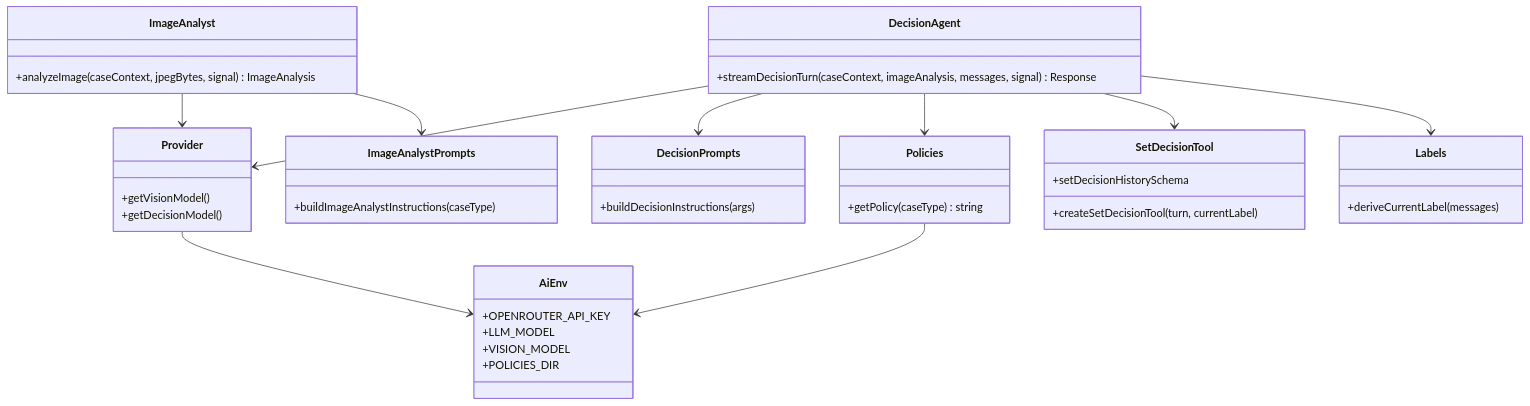
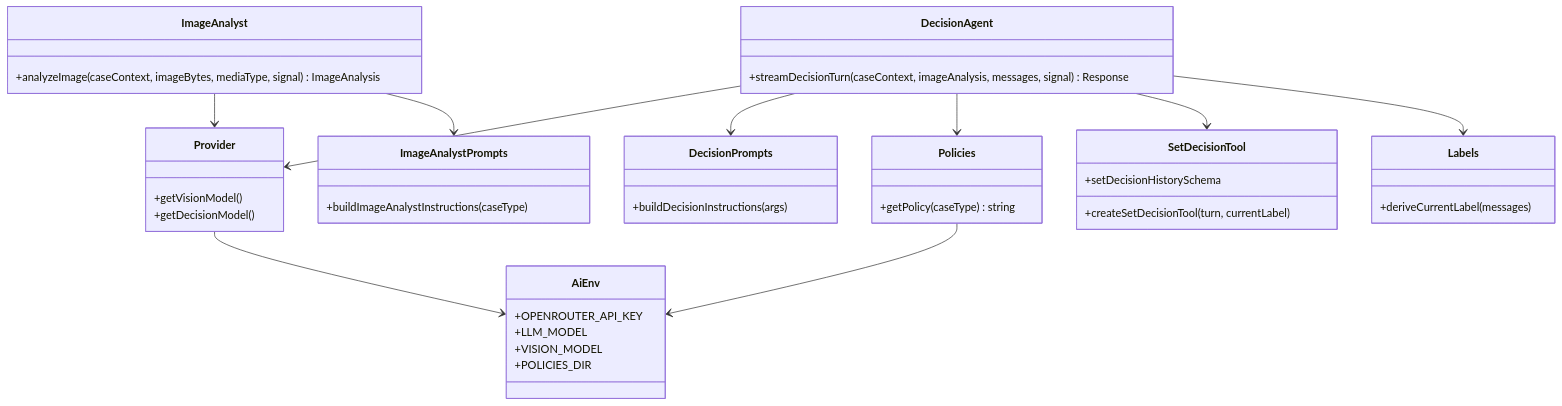
One commit to LucasMatuszewski/jsystems-claude-code-2026-10 changed the first of 4 diagrams in docs/ADR/002-ai-integration.md. Above: the diagram before and after it, drawn with Mermaid. The commit also changed other lines of this file and 2 other files, not shown here.

First line of the commit message:
Docs: Pass sniffed image type to the analyst and refine photo handling

````diff
--- a/docs/ADR/002-ai-integration.md
+++ b/docs/ADR/002-ai-integration.md
@@ -261,44 +262,44 @@
 ```mermaid
 classDiagram
     class AiEnv {
       +OPENROUTER_API_KEY
       +LLM_MODEL
       +VISION_MODEL
       +POLICIES_DIR
     }
     class Provider {
       +getVisionModel()
       +getDecisionModel()
     }
     class Policies {
       +getPolicy(caseType) string
     }
     class ImageAnalystPrompts {
       +buildImageAnalystInstructions(caseType)
     }
     class DecisionPrompts {
       +buildDecisionInstructions(args)
     }
     class ImageAnalyst {
-      +analyzeImage(caseContext, jpegBytes, signal) ImageAnalysis
+      +analyzeImage(caseContext, imageBytes, mediaType, signal) ImageAnalysis
     }
     class DecisionAgent {
       +streamDecisionTurn(caseContext, imageAnalysis, messages, signal) Response
     }
     class SetDecisionTool {
       +createSetDecisionTool(turn, currentLabel)
       +setDecisionHistorySchema
     }
     class Labels {
       +deriveCurrentLabel(messages)
     }
     Provider --> AiEnv
     Policies --> AiEnv
     ImageAnalyst --> Provider
     ImageAnalyst --> ImageAnalystPrompts
     DecisionAgent --> Provider
     DecisionAgent --> DecisionPrompts
     DecisionAgent --> Policies
     DecisionAgent --> SetDecisionTool
     DecisionAgent --> Labels
 ```
````
